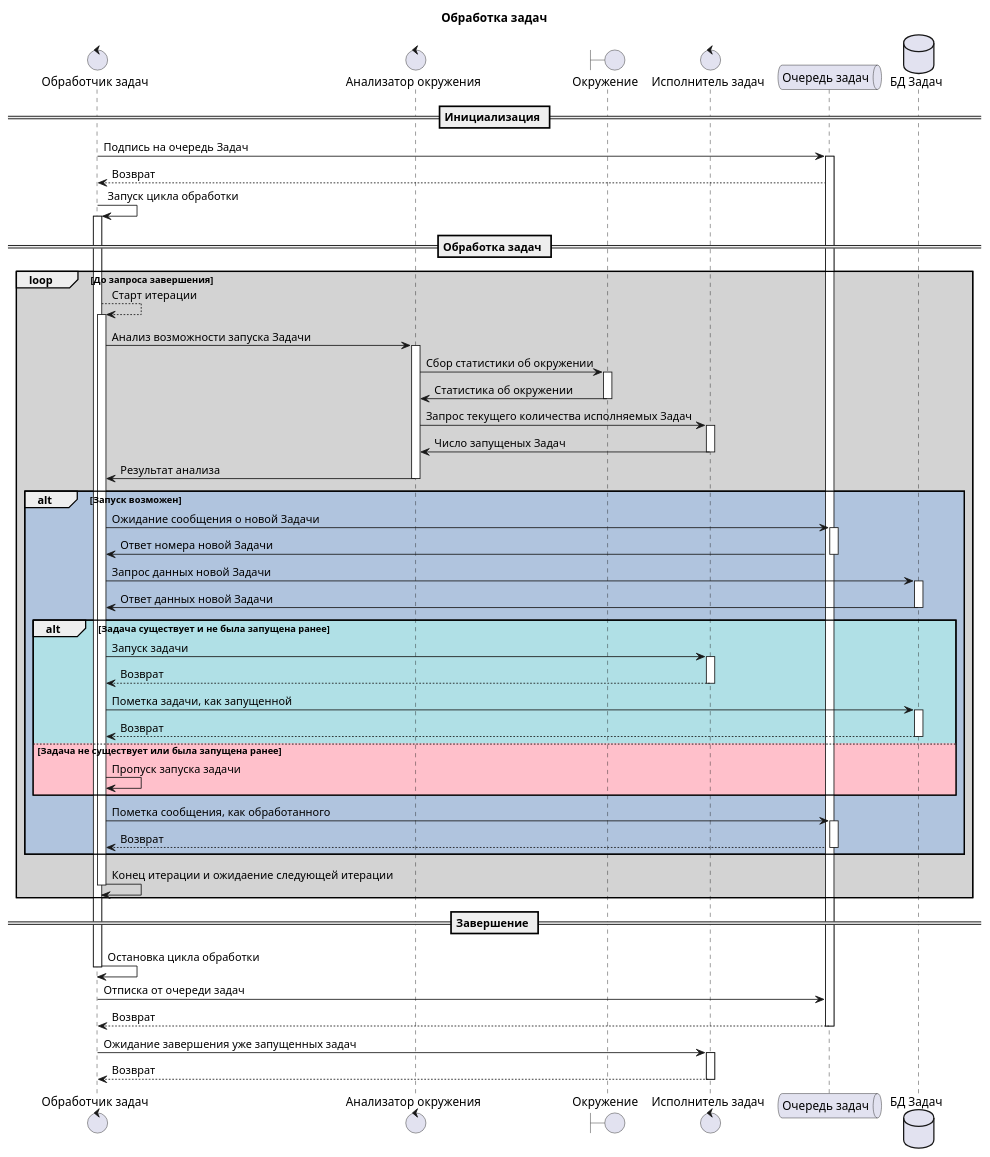
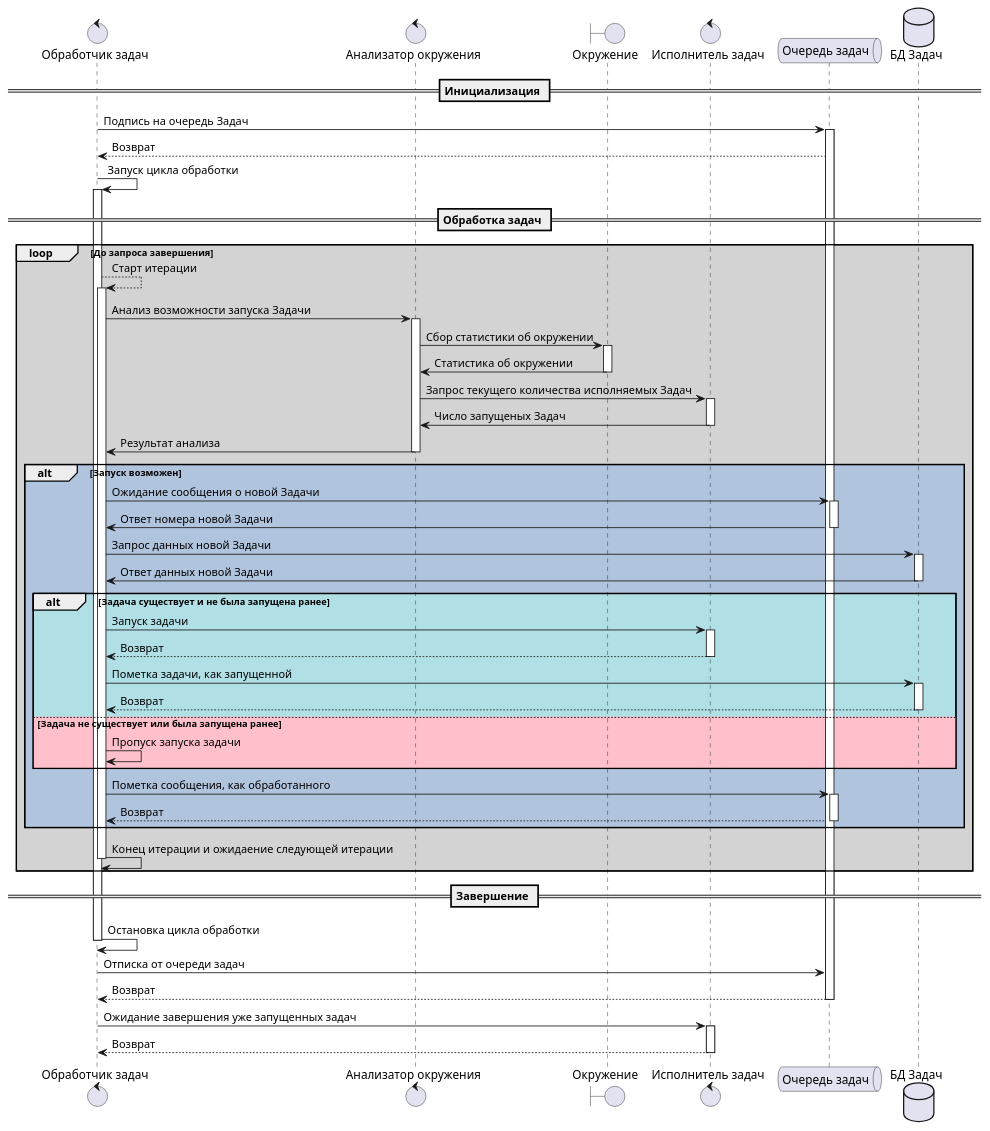
One commit to mrypdm/JobSystem changed the first of 2 diagrams in docs/diagrams/sequence/Job.Worker.puml. Above: the diagram before and after it, drawn with PlantUML. The commit also changed other lines of this file and 19 other files, not shown here.

```diff
--- a/docs/diagrams/sequence/Job.Worker.puml
+++ b/docs/diagrams/sequence/Job.Worker.puml
@@ -1,69 +1,67 @@
 @startuml Worker loop
-
-title Обработка задач
 
 control "Обработчик задач" as WORKER
 control "Анализатор окружения" as ENV_AN
 boundary "Окружение" as ENV
 control "Исполнитель задач" as RUNNER
 queue "Очередь задач" as KAFKA
 database "БД Задач" as DB
 
 == Инициализация ==
 
 WORKER -> KAFKA++: Подпись на очередь Задач
 KAFKA --> WORKER: Возврат
 WORKER -> WORKER++: Запуск цикла обработки
 
 == Обработка задач ==
 
 loop #LightGray До запроса завершения
 
 WORKER --> WORKER++: Старт итерации
 WORKER -> ENV_AN++: Анализ возможности запуска Задачи
 
 ENV_AN -> ENV++: Сбор статистики об окружении
 ENV -> ENV_AN--: Статистика об окружении
 ENV_AN -> RUNNER++: Запрос текущего количества исполняемых Задач
 RUNNER -> ENV_AN--: Число запущеных Задач
 ENV_AN -> WORKER--: Результат анализа
 
 alt #LightSteelBlue Запуск возможен
 
     WORKER -> KAFKA++: Ожидание сообщения о новой Задачи
     KAFKA -> WORKER--: Ответ номера новой Задачи
     WORKER -> DB++: Запрос данных новой Задачи
     DB -> WORKER--: Ответ данных новой Задачи
 
     alt #PowderBlue Задача существует и не была запущена ранее
 
         WORKER -> RUNNER++: Запуск задачи
         RUNNER --> WORKER--: Возврат
 
         WORKER -> DB++: Пометка задачи, как запущенной
         DB --> WORKER--: Возврат
 
     else #Pink Задача не существует или была запущена ранее
 
         WORKER -> WORKER: Пропуск запуска задачи
 
     end
 
     WORKER -> KAFKA++: Пометка сообщения, как обработанного
     KAFKA --> WORKER--: Возврат
 
 end
 
     WORKER -> WORKER--: Конец итерации и ожидаение следующей итерации
 
 end
 
 == Завершение ==
 
 WORKER -> WORKER--: Остановка цикла обработки
 WORKER -> KAFKA: Отписка от очереди задач
 KAFKA --> WORKER--: Возврат
 WORKER -> RUNNER++: Ожидание завершения уже запущенных задач
 RUNNER --> WORKER--: Возврат
 
 @enduml
```
